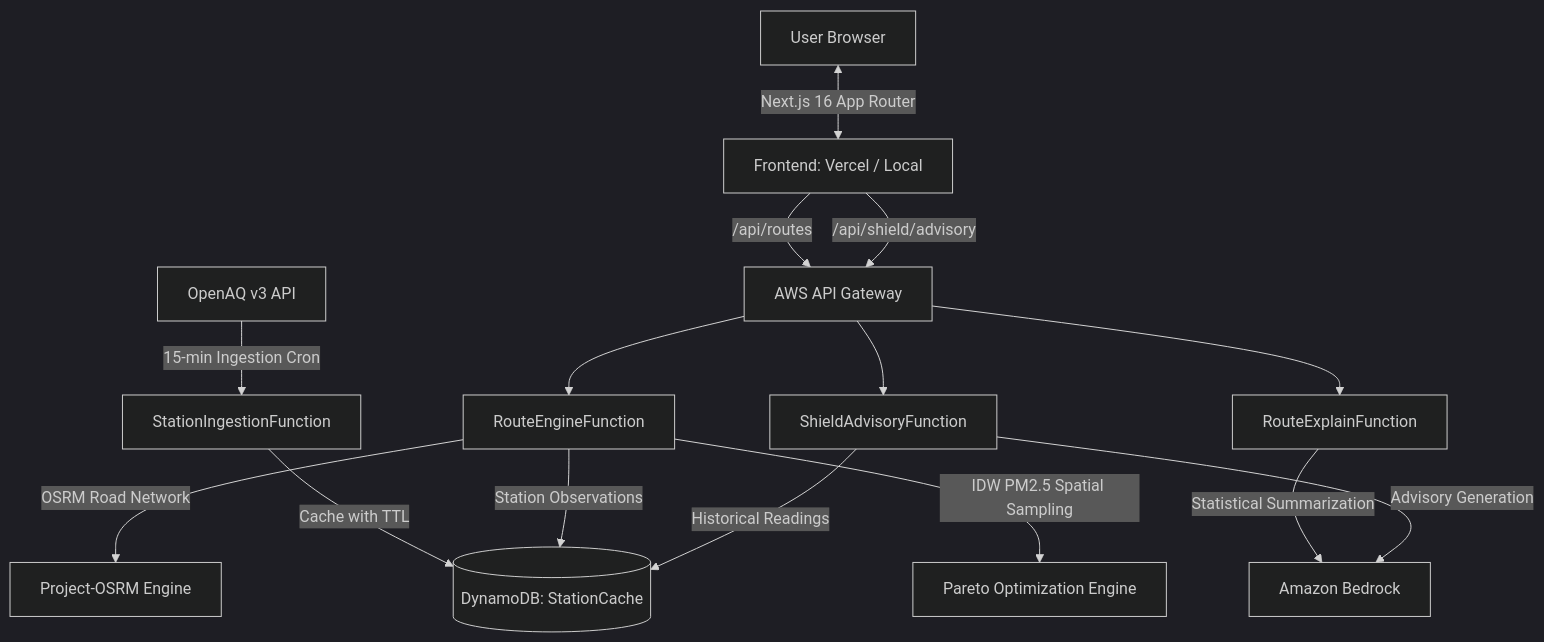
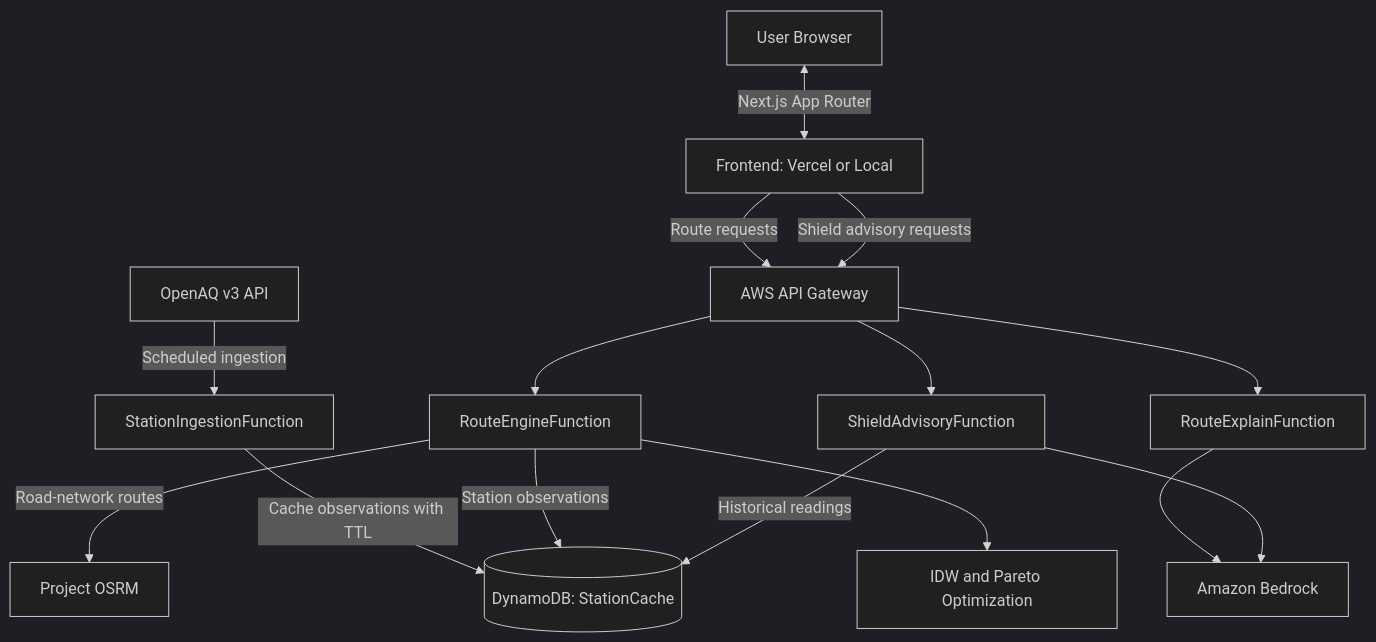
The diagram in README.md (Yashika-code/AeroShift), drawn with Mermaid (dark theme) before and after one commit. The commit also changed other lines of this file, not shown here.

````diff
--- a/README.md
+++ b/README.md
@@ -30,21 +45,21 @@
 ```mermaid
 graph TD
-    A[OpenAQ v3 API] -->|15-min Ingestion Cron| B[StationIngestionFunction]
-    B -->|Cache with TTL| C[(DynamoDB: StationCache)]
-    
-    U[User Browser] <-->|Next.js 16 App Router| D[Frontend: Vercel / Local]
-    D -->|/api/routes| E[AWS API Gateway]
-    D -->|/api/shield/advisory| E
-    
+    A[OpenAQ v3 API] -->|Scheduled ingestion| B[StationIngestionFunction]
+    B -->|Cache observations with TTL| C[(DynamoDB: StationCache)]
+
+    U[User Browser] <-->|Next.js App Router| D[Frontend: Vercel or Local]
+    D -->|Route requests| E[AWS API Gateway]
+    D -->|Shield advisory requests| E
+
     E --> F[RouteEngineFunction]
     E --> G[RouteExplainFunction]
     E --> H[ShieldAdvisoryFunction]
-    
-    F -->|OSRM Road Network| I[Project-OSRM Engine]
-    F -->|Station Observations| C
-    F -->|IDW PM2.5 Spatial Sampling| J[Pareto Optimization Engine]
-    
-    G -->|Statistical Summarization| K[Amazon Bedrock]
-    H -->|Advisory Generation| K
-    H -->|Historical Readings| C
+
+    F -->|Road-network routes| I[Project OSRM]
+    F -->|Station observations| C
+    F --> J[IDW and Pareto Optimization]
+
+    G --> K[Amazon Bedrock]
+    H --> K
+    H -->|Historical readings| C
 ```
````
